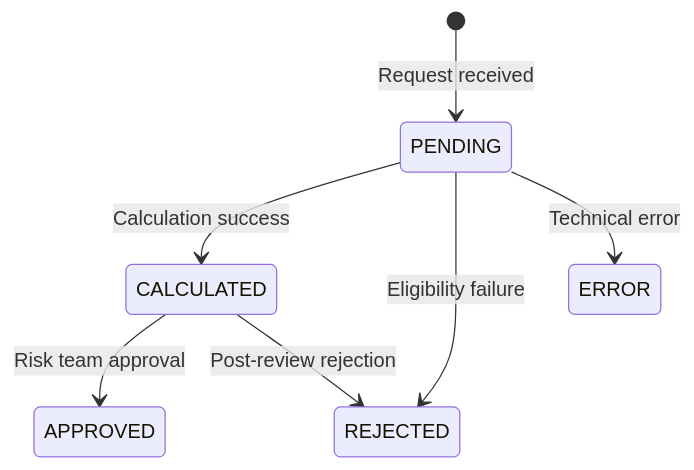
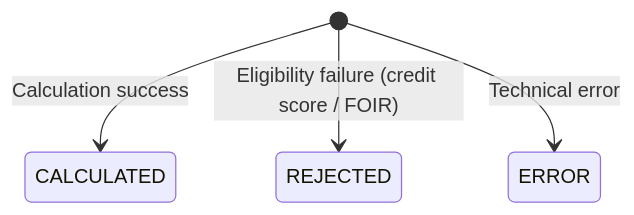
One commit to aroma76/epricing-service changed the diagram in docs/entities/PricingRequest.md. Above: the diagram before and after it, drawn with Mermaid. The commit also changed other lines of this file and 13 other files, not shown here.

````diff
--- a/docs/entities/PricingRequest.md
+++ b/docs/entities/PricingRequest.md
@@ -75,9 +79,6 @@
 ```mermaid
 stateDiagram-v2
-    [*] --> PENDING : Request received
-    PENDING --> CALCULATED : Calculation success
-    PENDING --> REJECTED : Eligibility failure
-    PENDING --> ERROR : Technical error
-    CALCULATED --> APPROVED : Risk team approval
-    CALCULATED --> REJECTED : Post-review rejection
+    [*] --> CALCULATED : Calculation success
+    [*] --> REJECTED : Eligibility failure (credit score / FOIR)
+    [*] --> ERROR : Technical error
 ```
````
